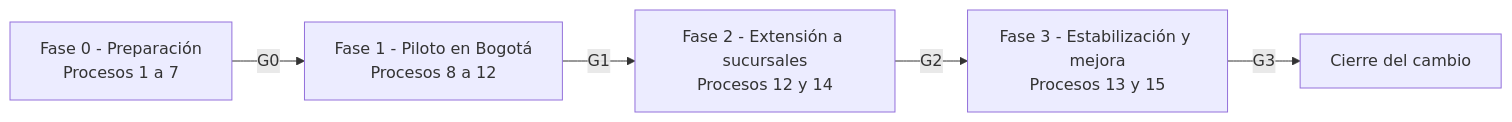
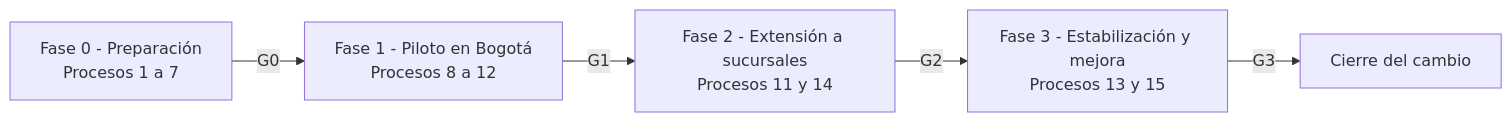
The second of 2 diagrams in README.md (AlejoTechEngineer/itil-v3-cambios-evolutivos-pyme), drawn with Mermaid before and after one commit. The commit also changed other lines of this file and 1 other file, not shown here.

Commit message:
docs: actualiza Actividad No. 2 a v1.4 (orden de procesos 11 y 12, correcciones de redaccion)

````diff
--- a/README.md
+++ b/README.md
@@ -235,7 +235,7 @@
 ```mermaid
 flowchart LR
     F0[Fase 0 - Preparación<br/>Procesos 1 a 7] -->|G0| F1[Fase 1 - Piloto en Bogotá<br/>Procesos 8 a 12]
-    F1 -->|G1| F2[Fase 2 - Extensión a sucursales<br/>Procesos 12 y 14]
+    F1 -->|G1| F2[Fase 2 - Extensión a sucursales<br/>Procesos 11 y 14]
     F2 -->|G2| F3[Fase 3 - Estabilización y mejora<br/>Procesos 13 y 15]
     F3 -->|G3| Z[Cierre del cambio]
 ```
````
